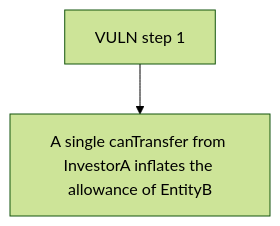
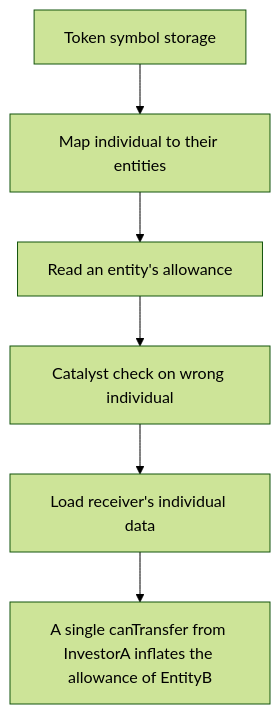
Before and after one commit to sanbir/evm-hack-registry: the diagram in 63781-updating-the-entity-allowance-when-the-individual-belongs-to_exp/63781-updating-the-entity-allowance-when-the-individual-belongs-to_exp.md, drawn with Mermaid (forest theme). The commit also changed other lines of this file and 79 other files, not shown here.

````diff
--- a/63781-updating-the-entity-allowance-when-the-individual-belongs-to_exp/63781-updating-the-entity-allowance-when-the-individual-belongs-to_exp.md
+++ b/63781-updating-the-entity-allowance-when-the-individual-belongs-to_exp/63781-updating-the-entity-allowance-when-the-individual-belongs-to_exp.md
@@ -28,6 +28,14 @@
 ```mermaid
 flowchart TD
-  S0["VULN step 1"]
+  S0["Token symbol storage"]
+  S1["Map individual to their entities"]
+  S2["Read an entity's allowance"]
+  S3["Catalyst check on wrong individual"]
+  S4["Load receiver's individual data"]
   H["A single canTransfer from InvestorA inflates the allowance of EntityB "]
-  S0 --> H
+  S0 --> S1
+  S1 --> S2
+  S2 --> S3
+  S3 --> S4
+  S4 --> H
 ```
````
